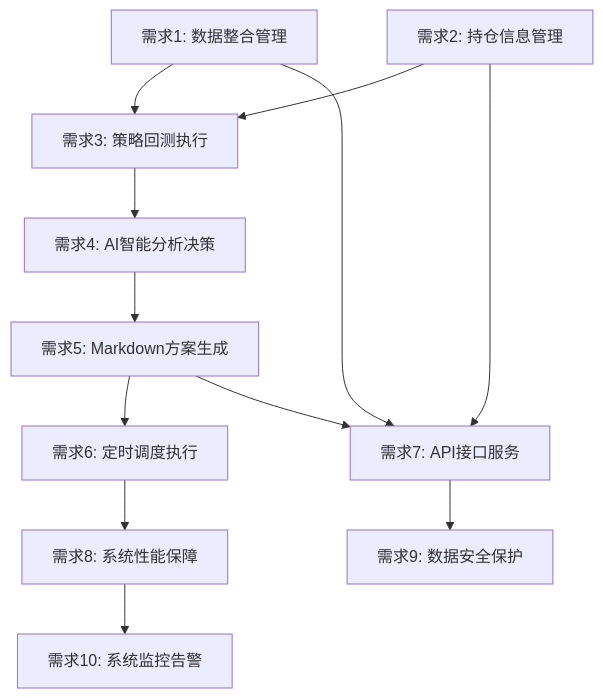
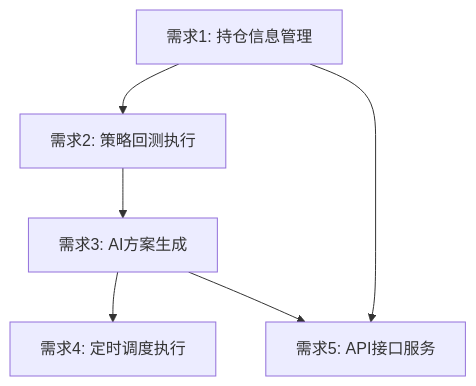
The diagram in .trae/documents/quantitative_system_requirements.md (Casper-Mars/trading), drawn with Mermaid before and after one commit. The commit also changed other lines of this file, not shown here.

````diff
--- a/.trae/documents/quantitative_system_requirements.md
+++ b/.trae/documents/quantitative_system_requirements.md
@@ -200,14 +126,8 @@
 ```mermaid
 graph TD
-    A[需求1: 数据整合管理] --> C[需求3: 策略回测执行]
-    B[需求2: 持仓信息管理] --> C
-    C --> D[需求4: AI智能分析决策]
-    D --> E[需求5: Markdown方案生成]
-    E --> F[需求6: 定时调度执行]
-    A --> G[需求7: API接口服务]
-    B --> G
-    E --> G
-    F --> H[需求8: 系统性能保障]
-    G --> I[需求9: 数据安全保护]
-    H --> J[需求10: 系统监控告警]
+    A[需求1: 持仓信息管理] --> B[需求2: 策略回测执行]
+    B --> C[需求3: AI方案生成]
+    C --> D[需求4: 定时调度执行]
+    A --> E[需求5: API接口服务]
+    C --> E
 ```
````
